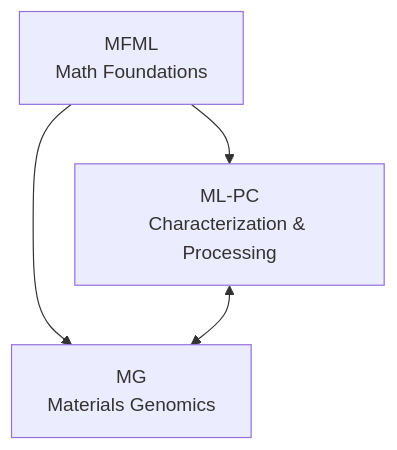
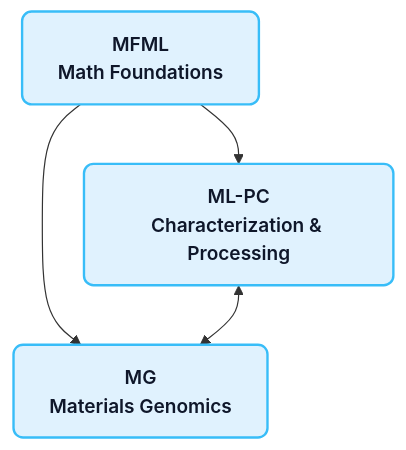
The first of 5 diagrams in ml_for_characterization_and_processing/unit01_intro/01_intro.qmd (ECLIPSE-Lab/public_presentations), drawn with Mermaid before and after one commit. The commit also changed other lines of this file and 64 other files, not shown here.

````diff
--- a/ml_for_characterization_and_processing/unit01_intro/01_intro.qmd
+++ b/ml_for_characterization_and_processing/unit01_intro/01_intro.qmd
@@ -78,6 +78,12 @@
 ```{mermaid}
-graph TD
-    MFML["MFML<br>Math Foundations"] --> MLPC["ML-PC<br>Characterization & Processing"]
-    MFML --> MG["MG<br>Materials Genomics"]
+%%| echo: false
+%%| fig-align: center
+flowchart TD
+    %% Styling
+    classDef default fill:#f8fafc,stroke:#cbd5e1,stroke-width:2px,color:#334155,rx:8px,ry:8px,font-family:Inter;
+    classDef accent fill:#e0f2fe,stroke:#38bdf8,stroke-width:2px,color:#0f172a,rx:8px,ry:8px,font-family:Inter,font-weight:600;
+
+    MFML["MFML<br>Math Foundations"]:::accent --> MLPC["ML-PC<br>Characterization & Processing"]:::accent
+    MFML --> MG["MG<br>Materials Genomics"]:::accent
     MLPC <--> MG
 ```
````
